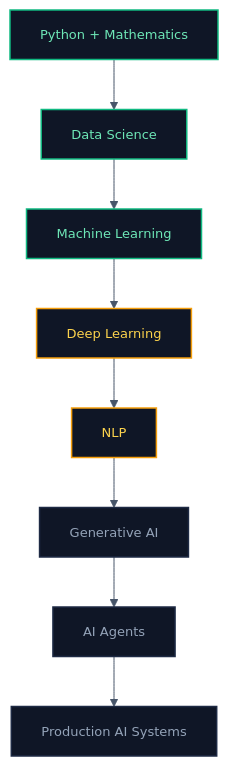
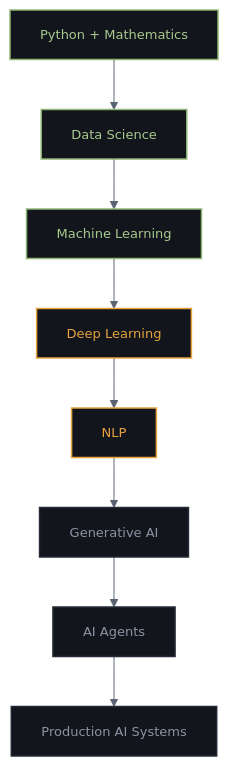
Before and after one commit to codewithvikas96-ui/codewithvikas96-ui: the diagram in README.md, drawn with Mermaid. The commit also changed other lines of this file and 3 other files, not shown here.

````diff
--- a/README.md
+++ b/README.md
@@ -252,19 +252,19 @@
 ```mermaid
-%%{init: {'theme':'base','themeVariables':{'primaryColor':'#0F1626','primaryTextColor':'#CBD5E1','primaryBorderColor':'#1E2A44','lineColor':'#475569','fontFamily':'ui-monospace, monospace','fontSize':'13px'}}}%%
+%%{init: {'theme':'base','themeVariables':{'primaryColor':'#12151C','primaryTextColor':'#E9ECF1','primaryBorderColor':'#242A35','lineColor':'#5A6372','fontFamily':'ui-monospace, monospace','fontSize':'13px'}}}%%
 flowchart TD
     A["Python + Mathematics"] --> B["Data Science"]
     B --> C["Machine Learning"]
     C --> D["Deep Learning"]
     D --> E["NLP"]
     E --> F["Generative AI"]
     F --> G["AI Agents"]
     G --> H["Production AI Systems"]
 
-    classDef done   fill:#0F1626,stroke:#10B981,stroke-width:1.5px,color:#6EE7B7;
-    classDef active fill:#0F1626,stroke:#F59E0B,stroke-width:1.5px,color:#FCD34D;
-    classDef queued fill:#0F1626,stroke:#1E2A44,stroke-width:1.5px,color:#94A3B8;
+    classDef done   fill:#12151C,stroke:#8FB573,stroke-width:1.5px,color:#A8C98E;
+    classDef active fill:#12151C,stroke:#E8A33D,stroke-width:1.5px,color:#E8A33D;
+    classDef queued fill:#12151C,stroke:#242A35,stroke-width:1.5px,color:#8B94A3;
 
     class A,B,C done;
     class D,E active;
     class F,G,H queued;
 ```
````
